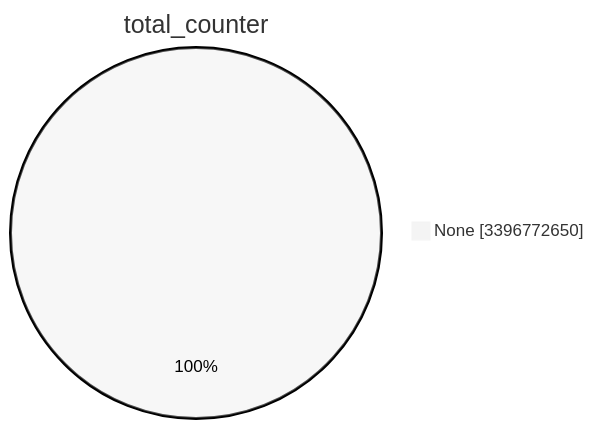
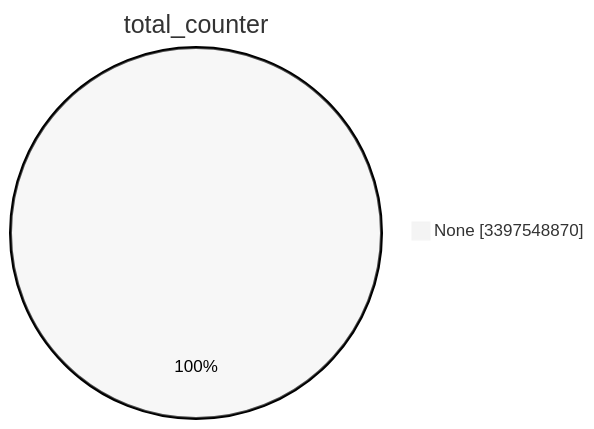
Before and after one commit to christiankrug/ctmonitor_visualization: the first of 15 diagrams in TOTAL/README.md, drawn with Mermaid (neutral theme). The commit also changed other lines of this file, not shown here.

````diff
--- a/TOTAL/README.md
+++ b/TOTAL/README.md
@@ -1,5 +1,5 @@
 ```mermaid
 pie showData
 title total_counter
-"None" :3396772650
+"None" :3397548870
 ```
````
